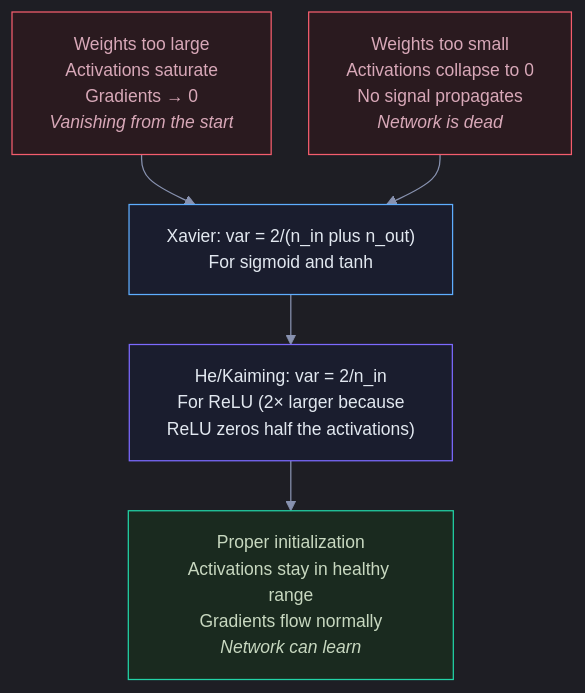
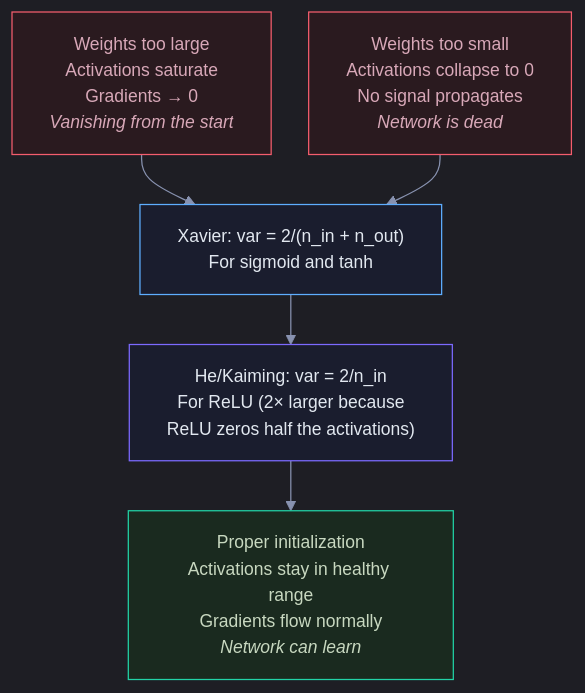
Before and after one commit to snehith1234/StudyCircle: the ninth of 18 diagrams in Documents/Visual_Guides/Deep_Learning/Neural_Network_Fundamentals_Visual.md, drawn with Mermaid. The commit also changed other lines of this file and 10 other files, not shown here.

First line of the commit message:
Fix Mermaid formatting and add RNN/LSTM guides

````diff
--- a/Documents/Visual_Guides/Deep_Learning/Neural_Network_Fundamentals_Visual.md
+++ b/Documents/Visual_Guides/Deep_Learning/Neural_Network_Fundamentals_Visual.md
@@ -258,18 +258,18 @@
 ```mermaid
 %%{init: {'theme': 'dark', 'themeVariables': {'darkMode': true, 'background': '#0e1117', 'primaryColor': '#1a1d2e', 'primaryTextColor': '#e2e8f0', 'primaryBorderColor': '#2d3148', 'lineColor': '#8892b0', 'secondaryColor': '#252840', 'tertiaryColor': '#1a1d2e', 'fontSize': '14px', 'edgeLabelBackground': '#0e1117'}, 'flowchart': {'nodeSpacing': 30, 'rankSpacing': 40, 'padding': 15, 'htmlLabels': true}}}%%
 graph TD
     TOOBIG["Weights too large<br/>Activations saturate<br/>Gradients → 0<br/><i>Vanishing from the start</i>"]
     TOOSMALL["Weights too small<br/>Activations collapse to 0<br/>No signal propagates<br/><i>Network is dead</i>"]
     JUSTRIGHT["Proper initialization<br/>Activations stay in healthy range<br/>Gradients flow normally<br/><i>Network can learn</i>"]
 
-    TOOBIG --> FIX["Xavier: var = 2/(n_in plus n_out)<br/>For sigmoid and tanh"]
+    TOOBIG --> FIX["Xavier: var = 2/(n_in + n_out)<br/>For sigmoid and tanh"]
     TOOSMALL --> FIX
     FIX --> FIX2["He/Kaiming: var = 2/n_in<br/>For ReLU (2× larger because<br/>ReLU zeros half the activations)"]
     FIX2 --> JUSTRIGHT
 
     style TOOBIG fill:#2a1a1f,stroke:#f45d6d,color:#d8a8b8
     style TOOSMALL fill:#2a1a1f,stroke:#f45d6d,color:#d8a8b8
     style JUSTRIGHT fill:#1a2a1f,stroke:#22d3a7,color:#c8d8c0
     style FIX fill:#1a1d2e,stroke:#5eaeff,color:#e2e8f0
     style FIX2 fill:#1a1d2e,stroke:#7c6aff,color:#e2e8f0
 ```
````
